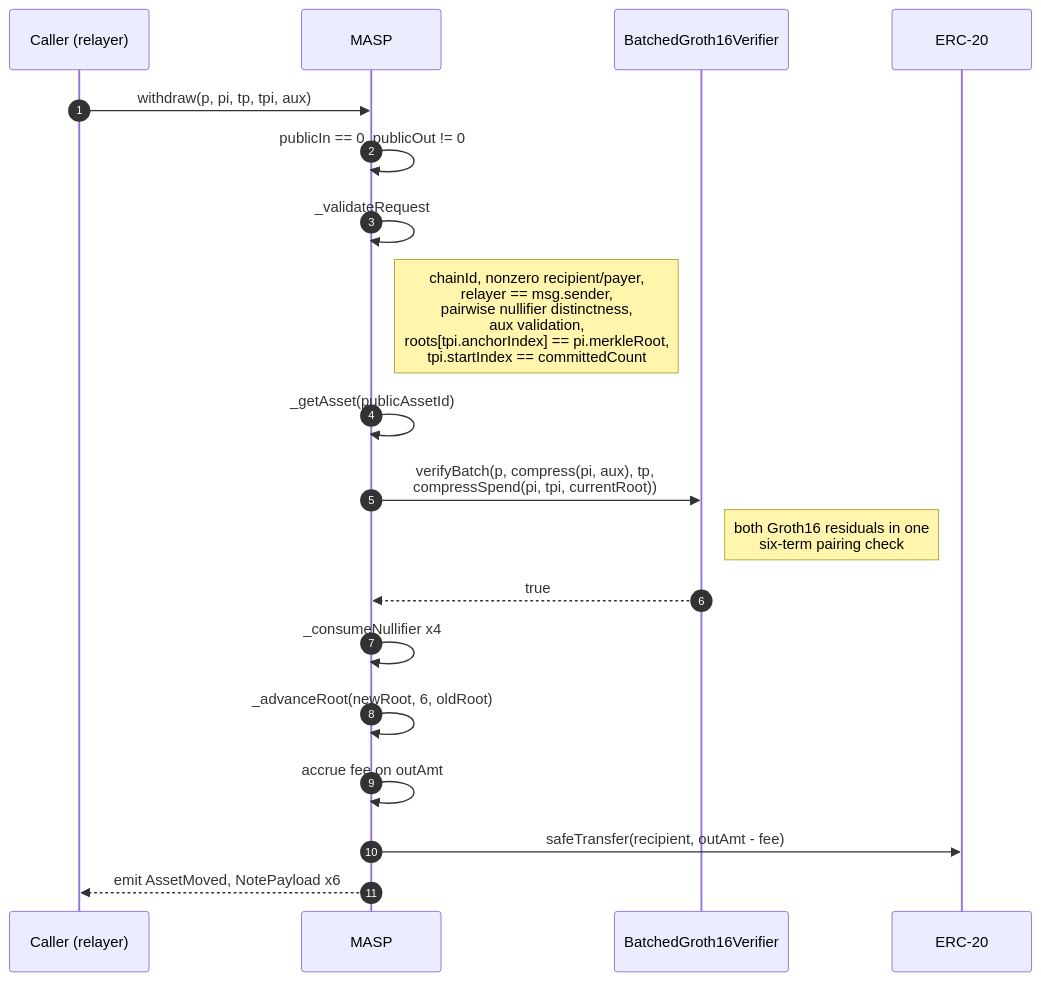
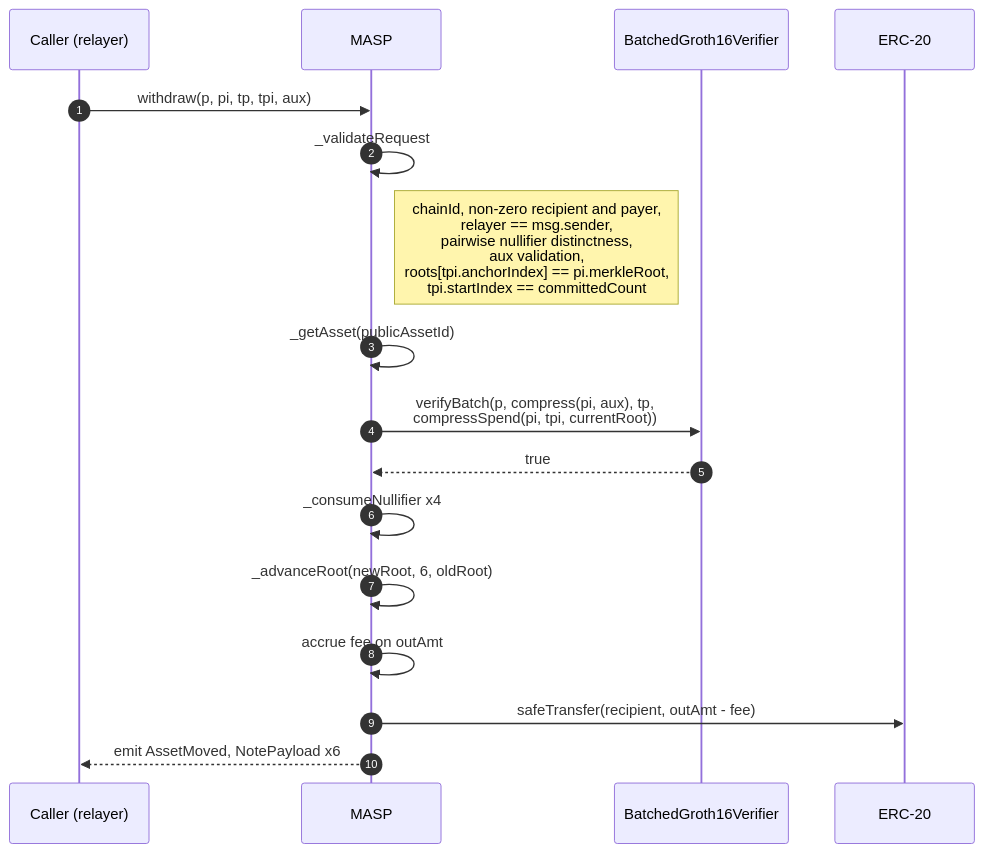
Before and after one commit to lelantos-org/contracts: the second of 2 diagrams in src/README.md, drawn with Mermaid. The commit also changed other lines of this file and 256 other files, not shown here.

````diff
--- a/src/README.md
+++ b/src/README.md
@@ -489,22 +261,20 @@
 ```mermaid
 sequenceDiagram
   autonumber
   participant C as Caller (relayer)
   participant M as MASP
   participant BV as BatchedGroth16Verifier
   participant T as ERC-20
 
   C->>M: withdraw(p, pi, tp, tpi, aux)
-  M->>M: publicIn == 0, publicOut != 0
   M->>M: _validateRequest
-  Note right of M: chainId, nonzero recipient/payer,<br/>relayer == msg.sender,<br/>pairwise nullifier distinctness,<br/>aux validation,<br/>roots[tpi.anchorIndex] == pi.merkleRoot,<br/>tpi.startIndex == committedCount
+  Note right of M: chainId, non-zero recipient and payer,<br/>relayer == msg.sender,<br/>pairwise nullifier distinctness,<br/>aux validation,<br/>roots[tpi.anchorIndex] == pi.merkleRoot,<br/>tpi.startIndex == committedCount
   M->>M: _getAsset(publicAssetId)
   M->>BV: verifyBatch(p, compress(pi, aux), tp,<br/>compressSpend(pi, tpi, currentRoot))
-  Note right of BV: both Groth16 residuals in one<br/>six-term pairing check
   BV-->>M: true
   M->>M: _consumeNullifier x4
   M->>M: _advanceRoot(newRoot, 6, oldRoot)
   M->>M: accrue fee on outAmt
   M->>T: safeTransfer(recipient, outAmt - fee)
   M-->>C: emit AssetMoved, NotePayload x6
 ```
````
